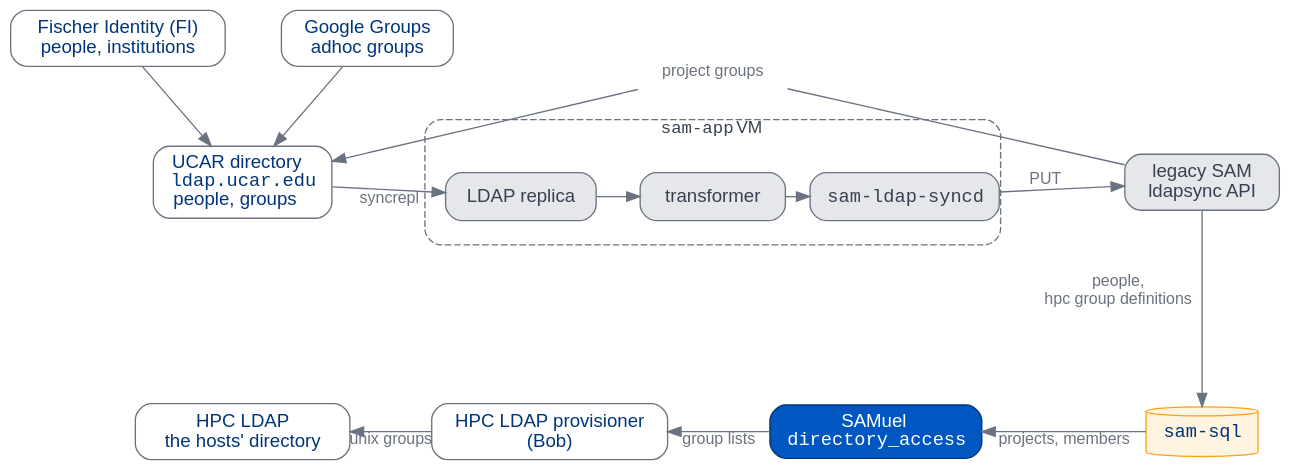
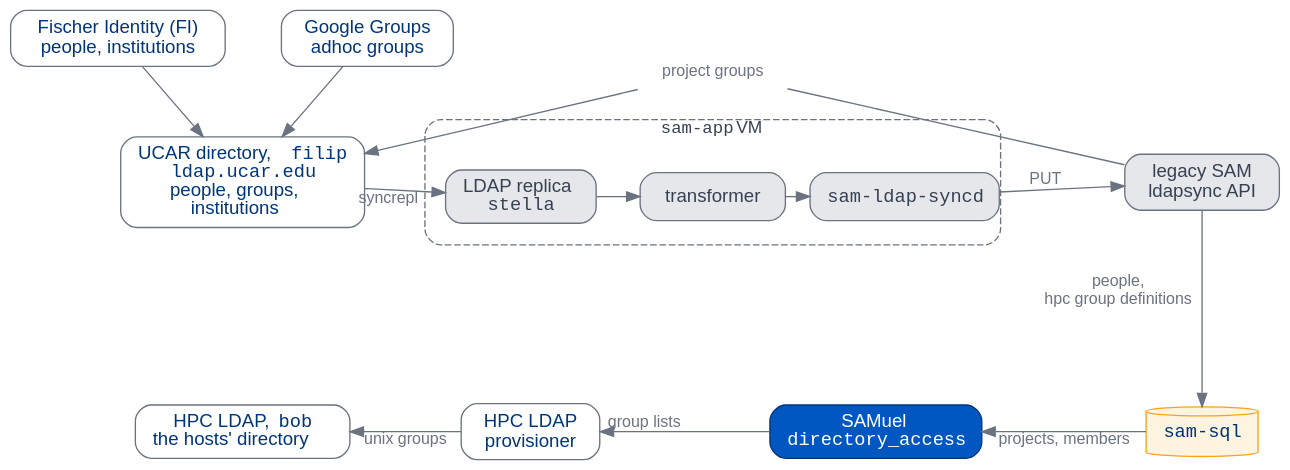
Before and after one commit to benkirk/sam-queries: the sixth of 7 diagrams in docs/presentations/samuel/_4-systems.qmd, drawn with Graphviz. The commit also changed other lines of this file, not shown here.

````diff
--- a/docs/presentations/samuel/_4-systems.qmd
+++ b/docs/presentations/samuel/_4-systems.qmd
@@ -562,38 +563,38 @@
 ```{dot}
 //| fig-width: 10
 digraph Loop {
   graph [layout=neato, splines=true, bgcolor="transparent"];
   node  [shape=box, style="rounded,filled", fontname="Helvetica", fontsize=14,
          fillcolor="#FFFFFF", color="#6B7280", fontcolor="#00357A", margin="0.18,0.08"];
   edge  [fontname="Helvetica", fontsize=12, color="#6B7280", fontcolor="#6B7280"];
   // the sam-app VM, drawn first so it sits behind its three services
   box    [label=<<FONT FACE="Courier">sam-app</FONT>&#160;VM>, labelloc=t, shape=box, style="rounded,dashed", width=6.0, height=1.3,
           fixedsize=true, color="#6B7280", fontcolor="#374151", fontsize=13, pos="5.3,2.6!"];
   fi     [label="Fischer Identity (FI)\npeople, institutions", pos="-0.9,4.1!"];
   gg     [label="Google Groups\nadhoc groups", pos="1.7,4.1!"];
-  dir    [label=<UCAR directory<BR/><FONT FACE="Courier">ldap.ucar.edu</FONT><BR/>people, groups>, pos="0.4,2.6!"];
-  repl   [label="LDAP replica", pos="3.3,2.45!", fillcolor="#E5E7EB", fontcolor="#374151"];
+  dir    [label=<UCAR directory, <FONT FACE="Courier">filip</FONT><BR/><FONT FACE="Courier">ldap.ucar.edu</FONT><BR/>people, groups,<BR/>institutions>, pos="0.4,2.6!"];
+  repl   [label=<LDAP replica<BR/><FONT FACE="Courier">stella</FONT>>, pos="3.3,2.45!", fillcolor="#E5E7EB", fontcolor="#374151"];
   xf     [label="transformer", pos="5.3,2.45!", fillcolor="#E5E7EB", fontcolor="#374151"];
   syncd  [label=<<FONT FACE="Courier">sam-ldap-syncd</FONT>>, pos="7.3,2.45!", fillcolor="#E5E7EB", fontcolor="#374151"];
   tomcat [label="legacy SAM\nldapsync API", pos="10.4,2.6!", fillcolor="#E5E7EB", fontcolor="#374151"];
   sql    [label=<<FONT FACE="Courier">sam-sql</FONT>>, pos="10.4,0!", shape=cylinder, fillcolor="#FFF4E0", color="#FAA119"];
   samuel [label=<SAMuel<BR/><FONT FACE="Courier">directory_access</FONT>>, pos="7.0,0!", fillcolor="#0057C2", color="#00357A",
           fontcolor="#FFFFFF"];
-  prov   [label="HPC LDAP provisioner\n(Bob)", pos="3.6,0!"];
-  hpcldap [label="HPC LDAP\nthe hosts' directory", pos="0.4,0!"];
+  prov   [label="HPC LDAP\nprovisioner", pos="3.4,0!"];
+  hpcldap [label=<HPC LDAP, <FONT FACE="Courier">bob</FONT><BR/>the hosts' directory>, pos="0.4,0!"];
   fi -> dir;
   gg -> dir;
   dir -> repl [label="syncrepl"];
   repl -> xf; xf -> syncd;
   syncd -> tomcat [label="PUT"];
   tomcat -> sql [label="people,\nhpc group definitions"];
   // project groups go back over the top, through an invisible waypoint
   wp     [label="project groups", shape=plaintext, style="", fontsize=12, fontcolor="#6B7280",
           pos="5.3,3.75!"];
   tomcat -> wp [arrowhead=none];
   wp -> dir;
   sql -> samuel [label="projects, members"];
   samuel -> prov [label="group lists"];
   prov -> hpcldap [label="unix groups"];
 }
 ```
````
